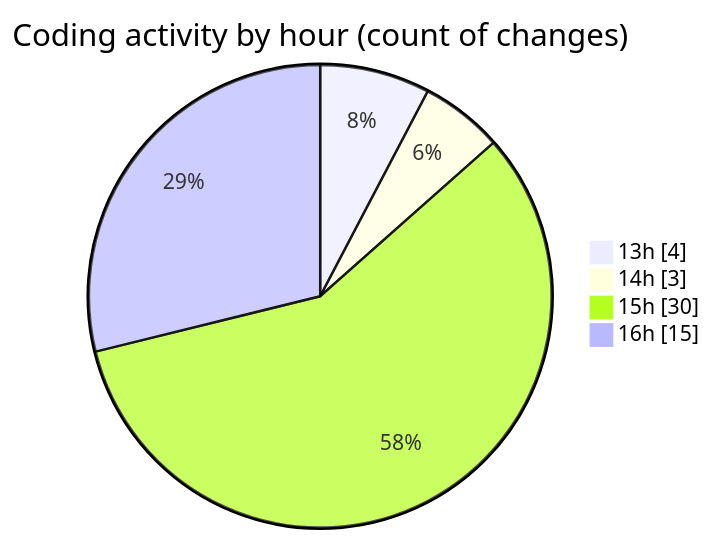
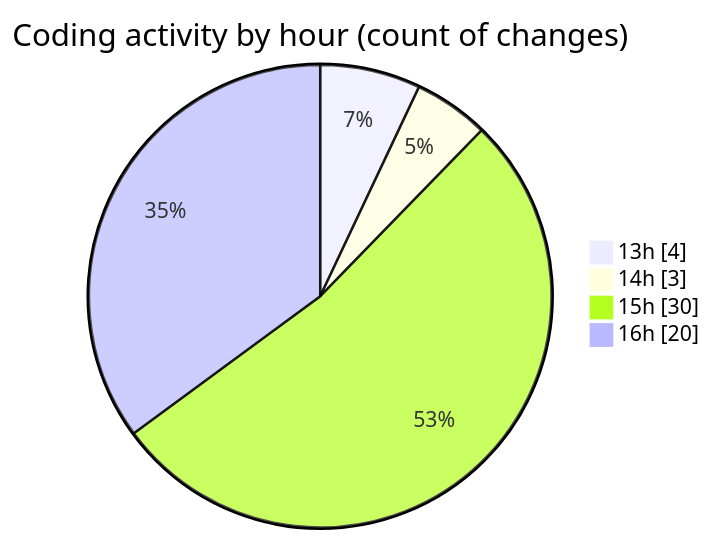
One commit to EIIisD/code-tracking changed the second of 2 diagrams in 2025-08-11/ribbon/README.md. Above: the diagram before and after it, drawn with Mermaid. The commit also changed other lines of this file and 1 other file, not shown here.

````diff
--- a/2025-08-11/ribbon/README.md
+++ b/2025-08-11/ribbon/README.md
@@ -49,8 +49,8 @@
 ```mermaid
 pie showData
 title Coding activity by hour (count of changes)
 "13h" : 4
 "14h" : 3
 "15h" : 30
-"16h" : 15
+"16h" : 20
 ```
````
